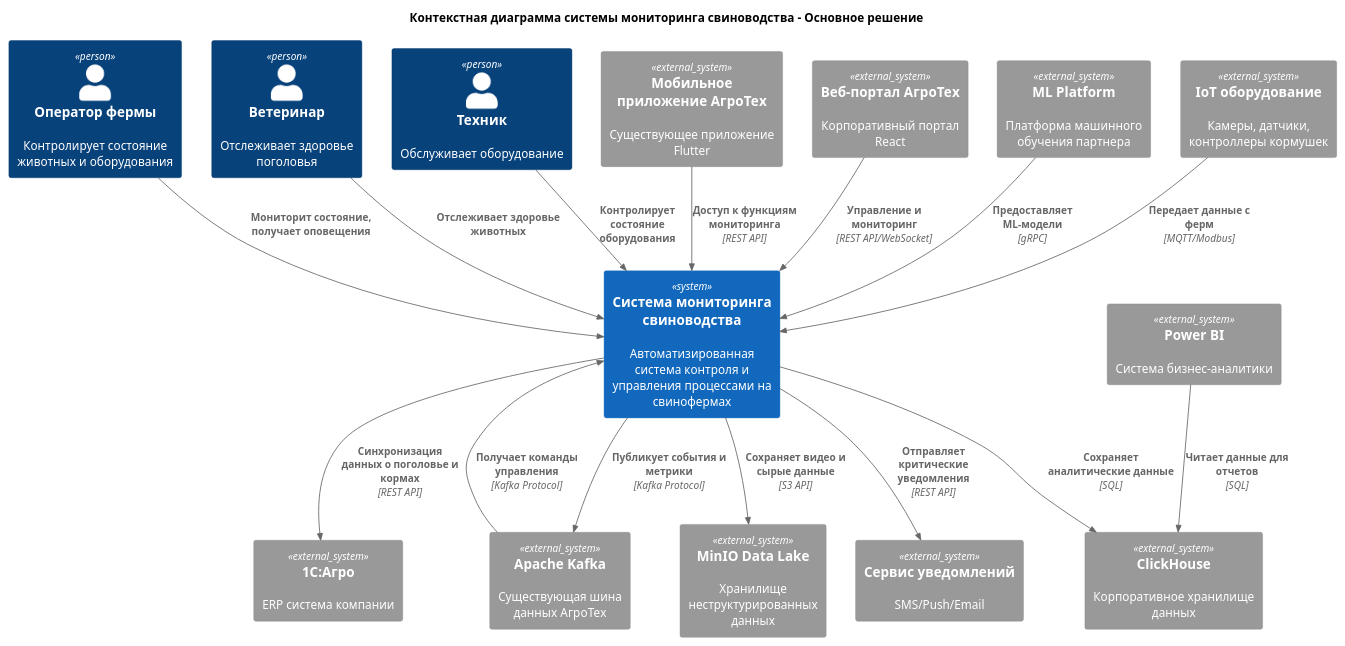
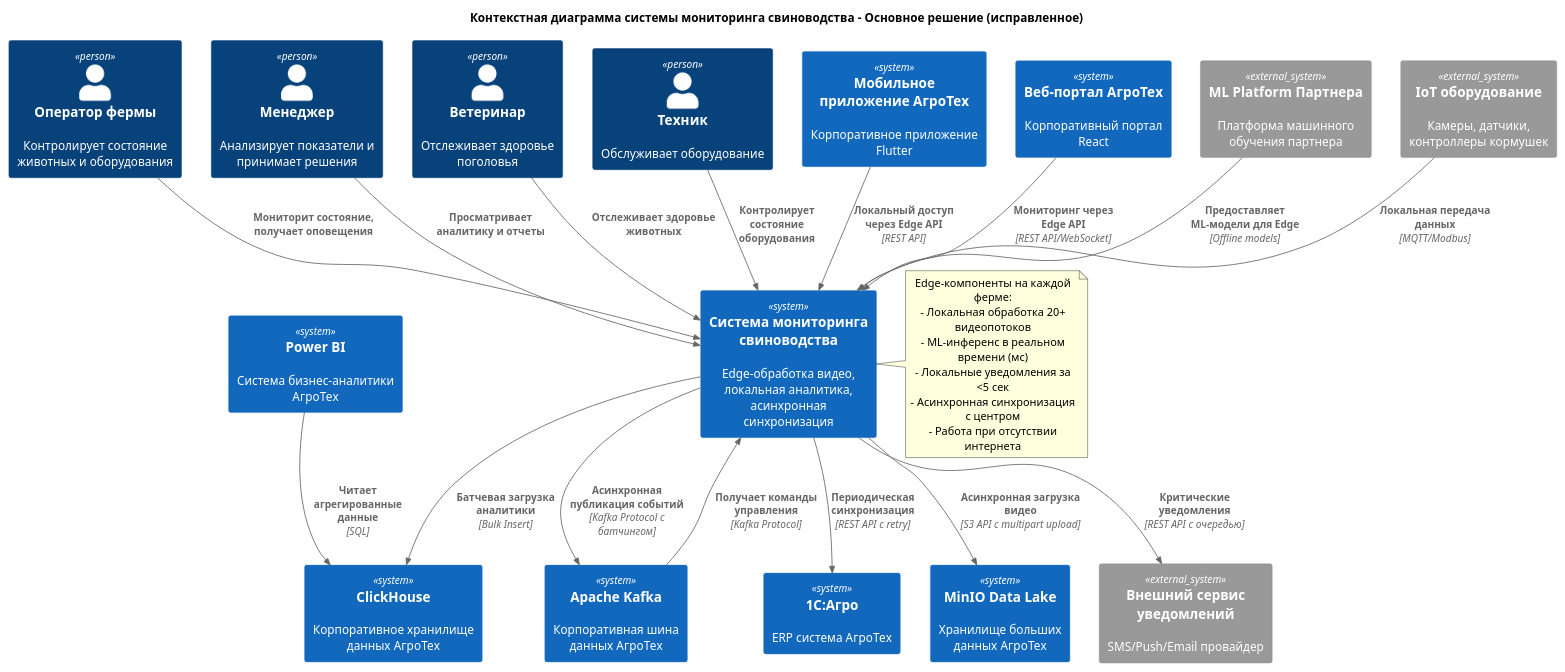
Before and after one commit to larichevns/MSA-AgroTech: the diagram in Task1/С1_Main.puml, drawn with PlantUML. The commit also changed 2 other files, not shown here.

```diff
--- a/Task1/С1_Main.puml
+++ b/Task1/С1_Main.puml
@@ -1,39 +1,57 @@
 @startuml C1_Основное_Решение_Свиноводство
 
 !include ../C4_Context.puml
 
-title Контекстная диаграмма системы мониторинга свиноводства - Основное решение
+title Контекстная диаграмма системы мониторинга свиноводства - Основное решение (исправленное)
 
 Person(operator, "Оператор фермы", "Контролирует состояние животных и оборудования")
+Person(manager, "Менеджер", "Анализирует показатели и принимает решения")
 Person(vet, "Ветеринар", "Отслеживает здоровье поголовья")
 Person(technician, "Техник", "Обслуживает оборудование")
 
-System(pig_monitoring, "Система мониторинга свиноводства", "Автоматизированная система контроля и управления процессами на свинофермах")
-System_Ext(existing_kafka, "Apache Kafka", "Существующая шина данных АгроТех")
-System_Ext(existing_erp, "1С:Агро", "ERP система компании")
-System_Ext(existing_dwh, "ClickHouse", "Корпоративное хранилище данных")
-System_Ext(existing_datalake, "MinIO Data Lake", "Хранилище неструктурированных данных")
-System_Ext(existing_bi, "Power BI", "Система бизнес-аналитики")
-System_Ext(existing_mobile, "Мобильное приложение АгроТех", "Существующее приложение Flutter")
-System_Ext(existing_portal, "Веб-портал АгроТех", "Корпоративный портал React")
-System_Ext(ml_platform, "ML Platform", "Платформа машинного обучения партнера")
+System(pig_monitoring, "Система мониторинга свиноводства", "Edge-обработка видео, локальная аналитика, асинхронная синхронизация")
+
+' Внутренние системы АгроТех (не External)
+System(existing_kafka, "Apache Kafka", "Корпоративная шина данных АгроТех")
+System(existing_erp, "1С:Агро", "ERP система АгроТех")
+System(existing_dwh, "ClickHouse", "Корпоративное хранилище данных АгроТех")
+System(existing_datalake, "MinIO Data Lake", "Хранилище больших данных АгроТех")
+System(existing_bi, "Power BI", "Система бизнес-аналитики АгроТех")
+System(existing_mobile, "Мобильное приложение АгроТех", "Корпоративное приложение Flutter")
+System(existing_portal, "Веб-портал АгроТех", "Корпоративный портал React")
+
+' Внешние системы (партнеры и поставщики)
+System_Ext(ml_platform, "ML Platform Партнера", "Платформа машинного обучения партнера")
 System_Ext(iot_devices, "IoT оборудование", "Камеры, датчики, контроллеры кормушек")
-System_Ext(notification_service, "Сервис уведомлений", "SMS/Push/Email")
+System_Ext(notification_service, "Внешний сервис уведомлений", "SMS/Push/Email провайдер")
 
+' Взаимодействия с пользователями
 Rel(operator, pig_monitoring, "Мониторит состояние, получает оповещения")
+Rel(manager, pig_monitoring, "Просматривает аналитику и отчеты")
 Rel(vet, pig_monitoring, "Отслеживает здоровье животных")
 Rel(technician, pig_monitoring, "Контролирует состояние оборудования")
 
-Rel(pig_monitoring, existing_kafka, "Публикует события и метрики", "Kafka Protocol")
+' Асинхронные взаимодействия для решения проблем с интернетом
+Rel(pig_monitoring, existing_kafka, "Асинхронная публикация событий", "Kafka Protocol с батчингом")
 Rel(existing_kafka, pig_monitoring, "Получает команды управления", "Kafka Protocol")
-Rel(pig_monitoring, existing_erp, "Синхронизация данных о поголовье и кормах", "REST API")
-Rel(pig_monitoring, existing_dwh, "Сохраняет аналитические данные", "SQL")
-Rel(pig_monitoring, existing_datalake, "Сохраняет видео и сырые данные", "S3 API")
-Rel(existing_bi, existing_dwh, "Читает данные для отчетов", "SQL")
-Rel(existing_mobile, pig_monitoring, "Доступ к функциям мониторинга", "REST API")
-Rel(existing_portal, pig_monitoring, "Управление и мониторинг", "REST API/WebSocket")
-Rel(ml_platform, pig_monitoring, "Предоставляет ML-модели", "gRPC")
-Rel(iot_devices, pig_monitoring, "Передает данные с ферм", "MQTT/Modbus")
-Rel(pig_monitoring, notification_service, "Отправляет критические уведомления", "REST API")
+Rel(pig_monitoring, existing_erp, "Периодическая синхронизация", "REST API с retry")
+Rel(pig_monitoring, existing_dwh, "Батчевая загрузка аналитики", "Bulk Insert")
+Rel(pig_monitoring, existing_datalake, "Асинхронная загрузка видео", "S3 API с multipart upload")
+Rel(existing_bi, existing_dwh, "Читает агрегированные данные", "SQL")
+Rel(existing_mobile, pig_monitoring, "Локальный доступ через Edge API", "REST API")
+Rel(existing_portal, pig_monitoring, "Мониторинг через Edge API", "REST API/WebSocket")
+Rel(ml_platform, pig_monitoring, "Предоставляет ML-модели для Edge", "Offline models")
+Rel(iot_devices, pig_monitoring, "Локальная передача данных", "MQTT/Modbus")
+Rel(pig_monitoring, notification_service, "Критические уведомления", "REST API с очередью")
+
+' Добавляем примечание о Edge-обработке
+note right of pig_monitoring
+  Edge-компоненты на каждой ферме:
+  - Локальная обработка 20+ видеопотоков
+  - ML-инференс в реальном времени (мс)
+  - Локальные уведомления за <5 сек
+  - Асинхронная синхронизация с центром
+  - Работа при отсутствии интернета
+end note
 
 @enduml
```
